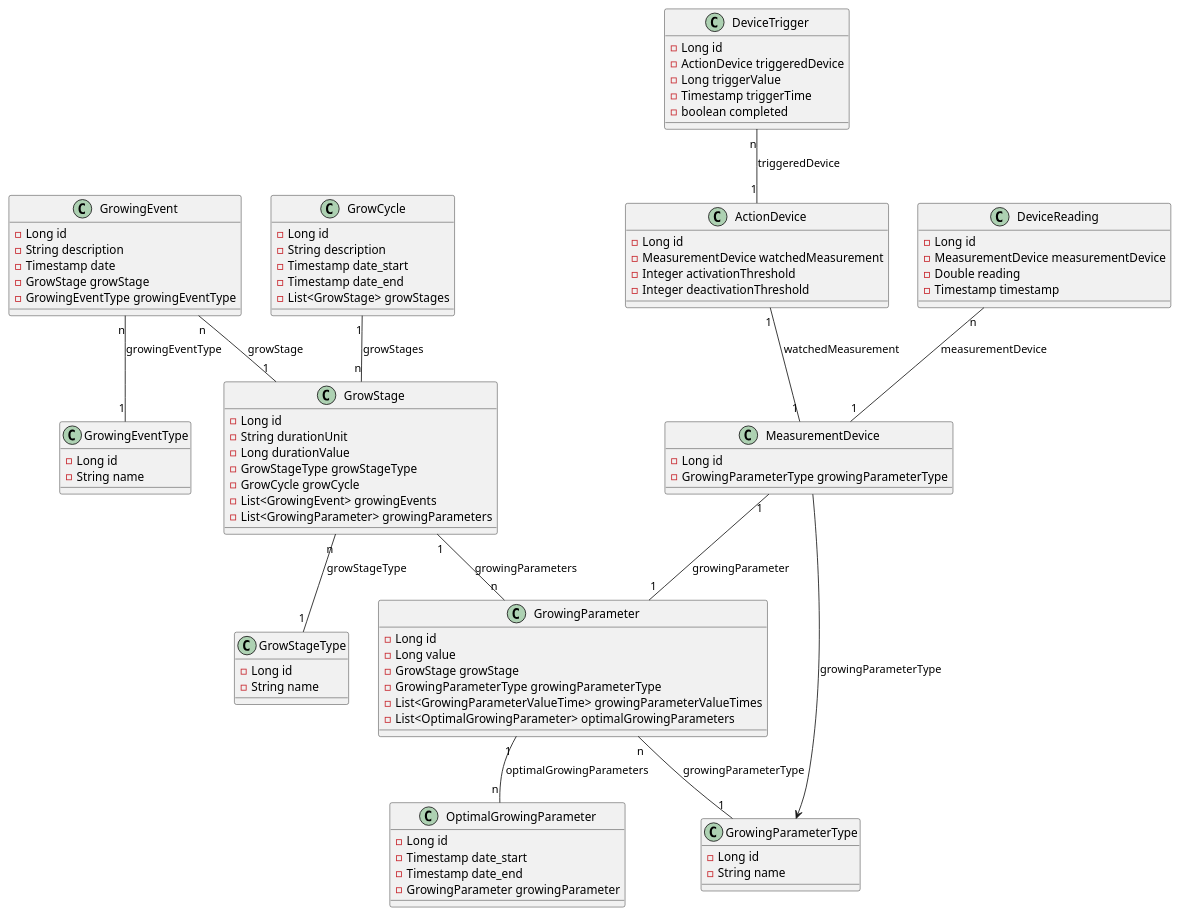
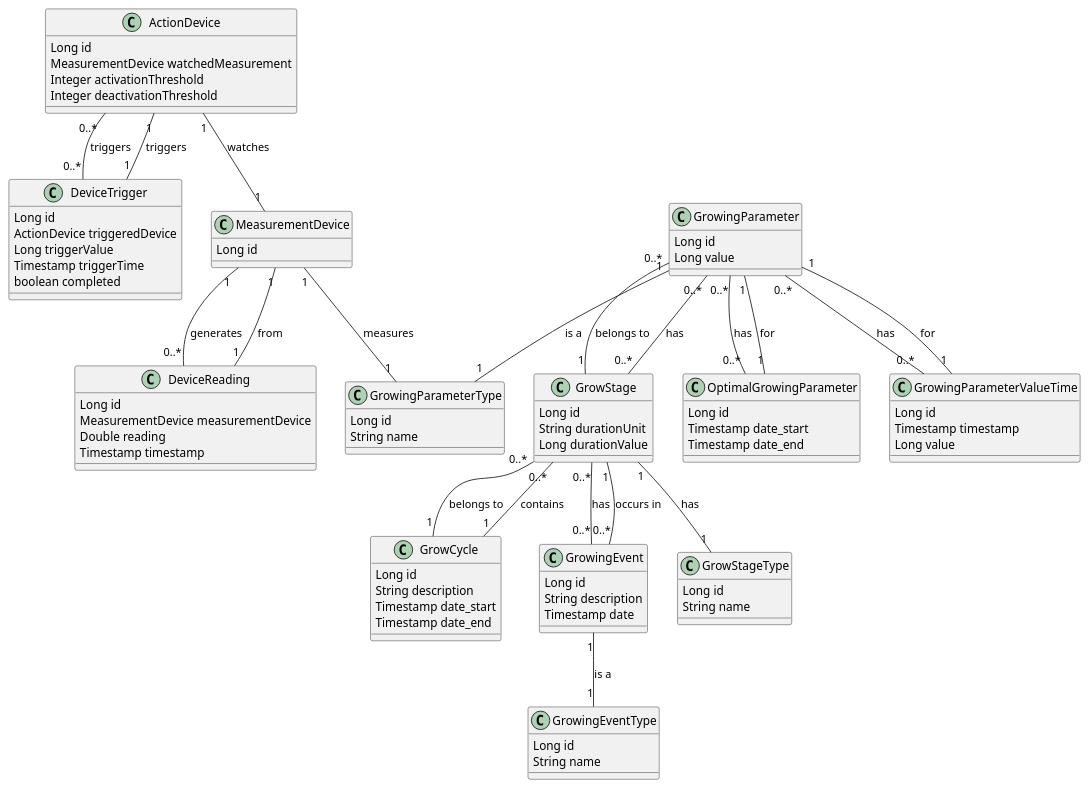
The diagram in diagrams/plantUML.puml (feddericovonwernich/grow-control), drawn with PlantUML before and after one commit. The commit also changed 2 other files, not shown here.

```diff
--- a/diagrams/plantUML.puml
+++ b/diagrams/plantUML.puml
@@ -1,107 +1,99 @@
 @startuml
-
-'TABLES'
-
 class ActionDevice {
-    - Long id
-    - MeasurementDevice watchedMeasurement
-    - Integer activationThreshold
-    - Integer deactivationThreshold
+    Long id
+    MeasurementDevice watchedMeasurement
+    Integer activationThreshold
+    Integer deactivationThreshold
 }
 
 class DeviceReading {
-    - Long id
-    - MeasurementDevice measurementDevice
-    - Double reading
-    - Timestamp timestamp
+    Long id
+    MeasurementDevice measurementDevice
+    Double reading
+    Timestamp timestamp
 }
 
 class DeviceTrigger {
-    - Long id
-    - ActionDevice triggeredDevice
-    - Long triggerValue
-    - Timestamp triggerTime
-    - boolean completed
+    Long id
+    ActionDevice triggeredDevice
+    Long triggerValue
+    Timestamp triggerTime
+    boolean completed
 }
 
 class GrowCycle {
-    - Long id
-    - String description
-    - Timestamp date_start
-    - Timestamp date_end
-    - List<GrowStage> growStages
+    Long id
+    String description
+    Timestamp date_start
+    Timestamp date_end
 }
 
 class GrowingEvent {
-      - Long id
-      - String description
-      - Timestamp date
-      - GrowStage growStage
-      - GrowingEventType growingEventType
+    Long id
+    String description
+    Timestamp date
 }
 
 class GrowingEventType {
-      - Long id
-      - String name
+    Long id
+    String name
 }
 
 class GrowingParameter {
-      - Long id
-      - Long value
-      - GrowStage growStage
-      - GrowingParameterType growingParameterType
-      - List<GrowingParameterValueTime> growingParameterValueTimes
-      - List<OptimalGrowingParameter> optimalGrowingParameters
+    Long id
+    Long value
 }
 
 class GrowingParameterType {
-    - Long id
-    - String name
+    Long id
+    String name
 }
 
 class GrowStage {
-        - Long id
-        - String durationUnit
-        - Long durationValue
-        - GrowStageType growStageType
-        - GrowCycle growCycle
-        - List<GrowingEvent> growingEvents
-        - List<GrowingParameter> growingParameters
+    Long id
+    String durationUnit
+    Long durationValue
 }
 
 class GrowStageType {
-    - Long id
-    - String name
+    Long id
+    String name
 }
 
 class MeasurementDevice {
-        - Long id
-        - GrowingParameterType growingParameterType
-
+    Long id
 }
 
 class OptimalGrowingParameter {
-           - Long id
-           - Timestamp date_start
-           - Timestamp date_end
-           - GrowingParameter growingParameter
+    Long id
+    Timestamp date_start
+    Timestamp date_end
 }
 
+class GrowingParameterValueTime {
+    Long id
+    Timestamp timestamp
+    Long value
+}
 
+GrowCycle "1" -- "0..*" GrowStage : contains
+GrowStage "1" -- "1" GrowStageType : has
+GrowStage "0..*" -- "1" GrowCycle : belongs to
+GrowStage "0..*" -- "0..*" GrowingEvent : has
+GrowStage "0..*" -- "0..*" GrowingParameter : has
+GrowingEvent "1" -- "1" GrowingEventType : is a
+GrowingEvent "0..*" -- "1" GrowStage : occurs in
+GrowingParameter "1" -- "1" GrowingParameterType : is a
+GrowingParameter "0..*" -- "0..*" GrowingParameterValueTime : has
+GrowingParameter "0..*" -- "0..*" OptimalGrowingParameter : has
+GrowingParameter "0..*" -- "1" GrowStage : belongs to
+MeasurementDevice "1" -- "1" GrowingParameterType : measures
+ActionDevice "1" -- "1" MeasurementDevice : watches
+DeviceReading "1" -- "1" MeasurementDevice : from
+DeviceTrigger "1" -- "1" ActionDevice : triggers
+OptimalGrowingParameter "1" -- "1" GrowingParameter : for
+GrowingParameterValueTime "1" -- "1" GrowingParameter : for
 
-'RELACIONES'
-
-MeasurementDevice --> GrowingParameterType : growingParameterType
-ActionDevice "1" -- "1" MeasurementDevice : watchedMeasurement
-MeasurementDevice "1" -- "1" GrowingParameter : growingParameter
-GrowingParameter "n" -- "1" GrowingParameterType : growingParameterType
-GrowingParameter "1" -- "n" OptimalGrowingParameter : optimalGrowingParameters
-GrowingEvent "n" -- "1" GrowStage : growStage
-GrowingEvent "n" -- "1" GrowingEventType : growingEventType
-GrowStage "n" -- "1" GrowStageType : growStageType
-GrowStage "1" -- "n" GrowingParameter : growingParameters
-GrowCycle "1" -- "n" GrowStage : growStages
-DeviceReading "n" -- "1" MeasurementDevice : measurementDevice
-DeviceTrigger "n" -- "1" ActionDevice : triggeredDevice
-
+MeasurementDevice "1" -- "0..*" DeviceReading : generates
+ActionDevice "0..*" -- "0..*" DeviceTrigger : triggers
 @enduml
```
